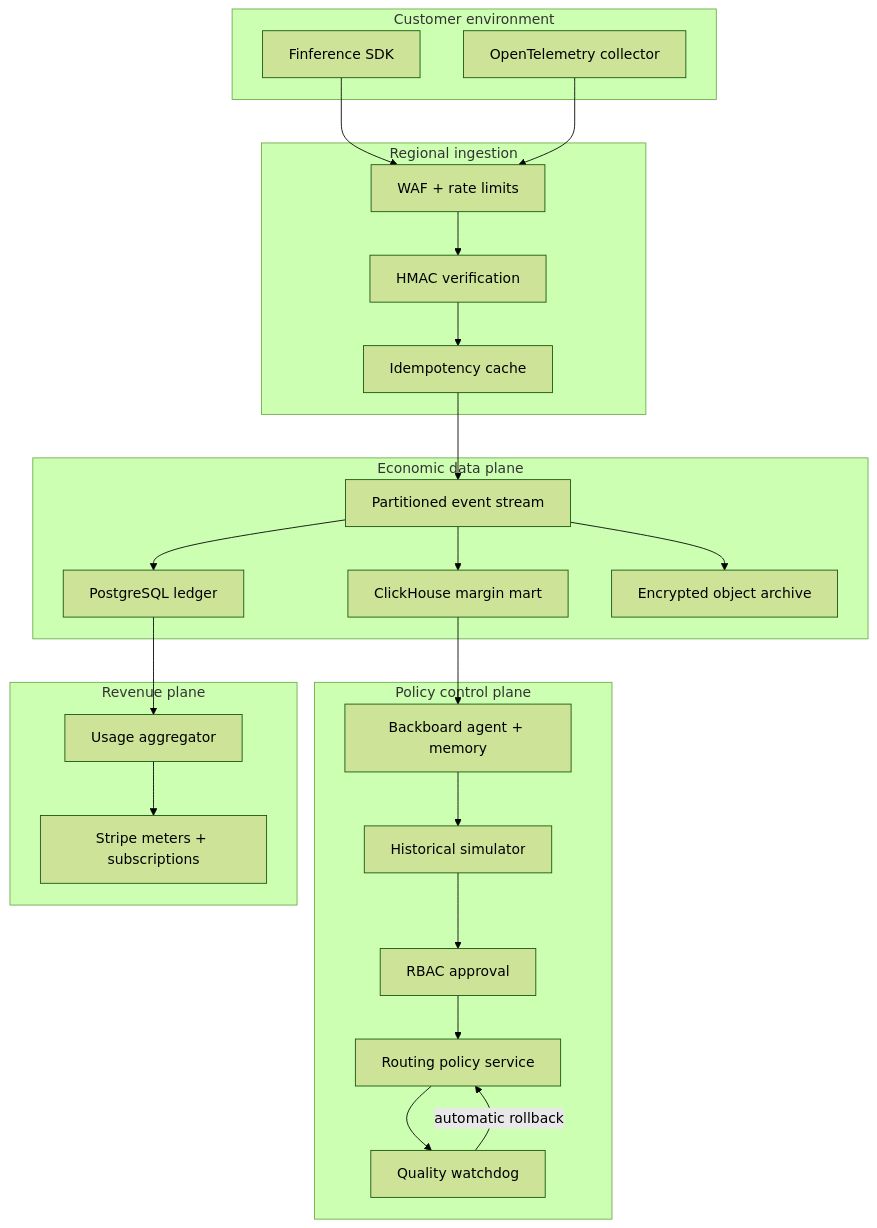
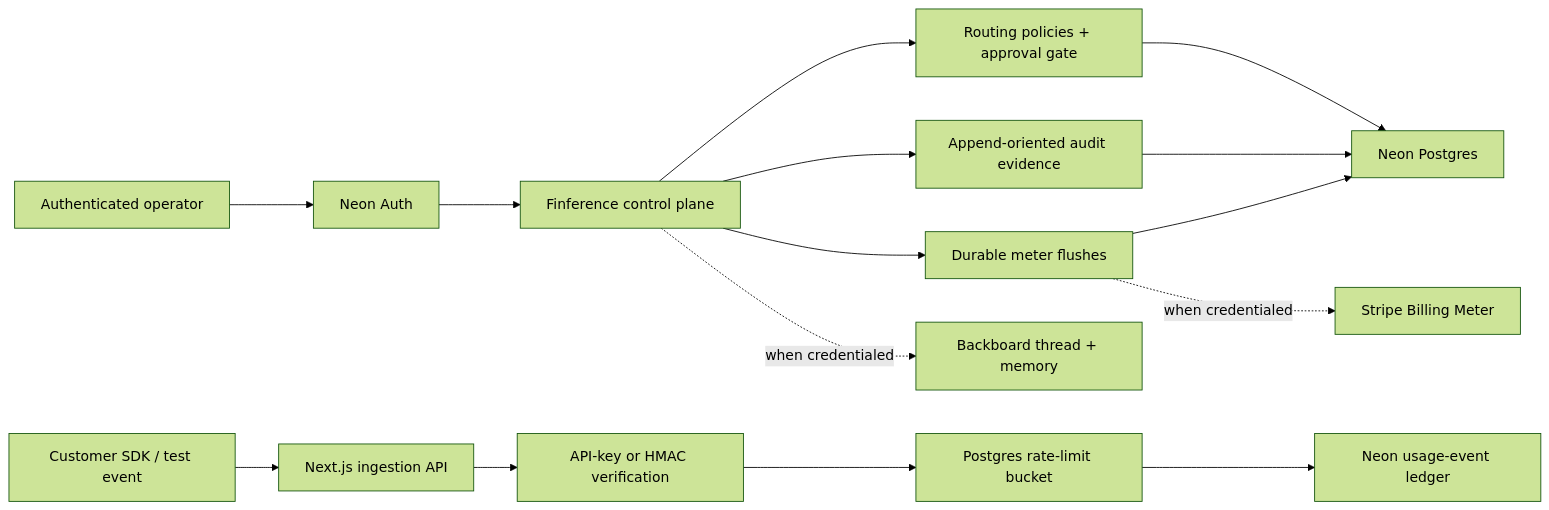
Before and after one commit to SameRainbows/finference: the diagram in docs/ARCHITECTURE.md, drawn with Mermaid (forest theme). The commit also changed other lines of this file and 57 other files, not shown here.

Commit message:
feat: add persistent multi-tenant control plane

````diff
--- a/docs/ARCHITECTURE.md
+++ b/docs/ARCHITECTURE.md
@@ -19,40 +18,17 @@
 ```mermaid
-flowchart TB
-    subgraph Client["Customer environment"]
-      SDK["Finference SDK"]
-      OTEL["OpenTelemetry collector"]
-    end
-    subgraph Edge["Regional ingestion"]
-      WAF["WAF + rate limits"]
-      AUTH["HMAC verification"]
-      DEDUPE["Idempotency cache"]
-    end
-    subgraph Data["Economic data plane"]
-      KAFKA["Partitioned event stream"]
-      OLTP["PostgreSQL ledger"]
-      OLAP["ClickHouse margin mart"]
-      OBJ["Encrypted object archive"]
-    end
-    subgraph Control["Policy control plane"]
-      BB["Backboard agent + memory"]
-      SIM["Historical simulator"]
-      APPROVE["RBAC approval"]
-      ROUTER["Routing policy service"]
-      WATCH["Quality watchdog"]
-    end
-    subgraph Revenue["Revenue plane"]
-      METER["Usage aggregator"]
-      STRIPE["Stripe meters + subscriptions"]
-    end
-
-    SDK --> WAF
-    OTEL --> WAF
-    WAF --> AUTH --> DEDUPE --> KAFKA
-    KAFKA --> OLTP
-    KAFKA --> OLAP
-    KAFKA --> OBJ
-    OLAP --> BB --> SIM --> APPROVE --> ROUTER
-    ROUTER --> WATCH
-    WATCH -->|automatic rollback| ROUTER
-    OLTP --> METER --> STRIPE
+flowchart LR
+    USER["Authenticated operator"] --> AUTH["Neon Auth"]
+    SDK["Customer SDK / test event"] --> INGEST["Next.js ingestion API"]
+    AUTH --> APP["Finference control plane"]
+    INGEST --> VERIFY["API-key or HMAC verification"]
+    VERIFY --> LIMIT["Postgres rate-limit bucket"]
+    LIMIT --> LEDGER["Neon usage-event ledger"]
+    APP --> POLICY["Routing policies + approval gate"]
+    APP --> AUDIT["Append-oriented audit evidence"]
+    APP --> METER["Durable meter flushes"]
+    POLICY --> DB["Neon Postgres"]
+    AUDIT --> DB
+    METER --> DB
+    METER -. "when credentialed" .-> STRIPE["Stripe Billing Meter"]
+    APP -. "when credentialed" .-> BB["Backboard thread + memory"]
 ```
````
